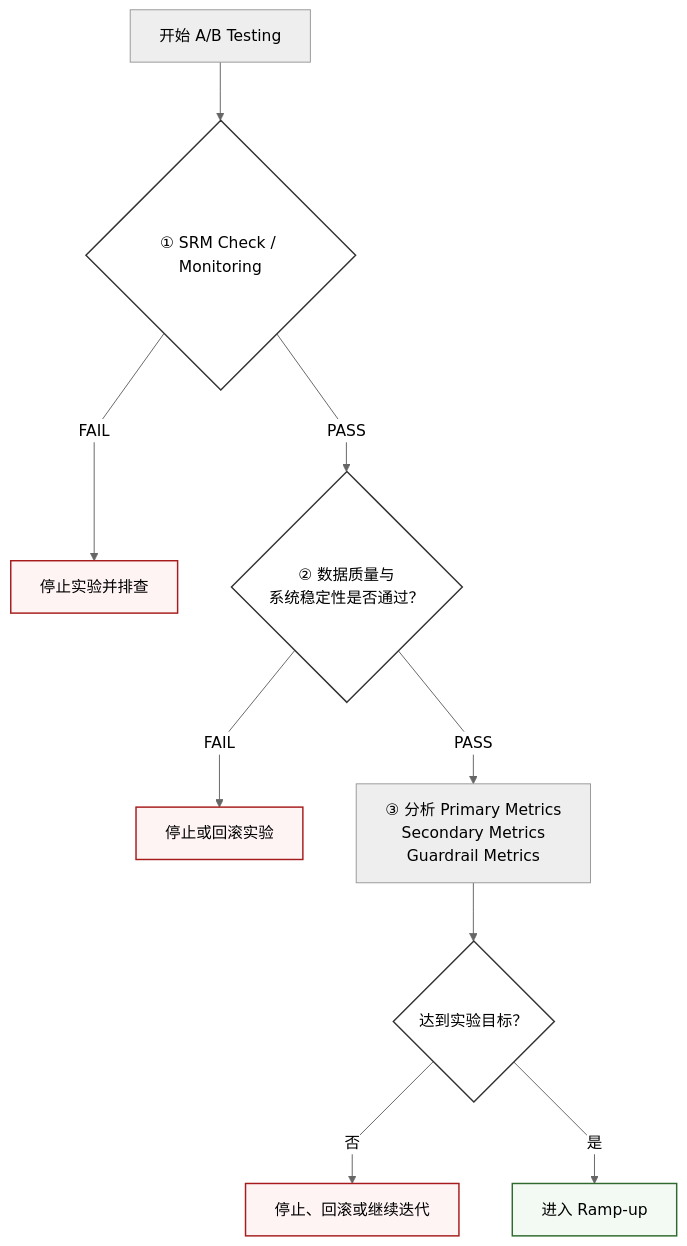
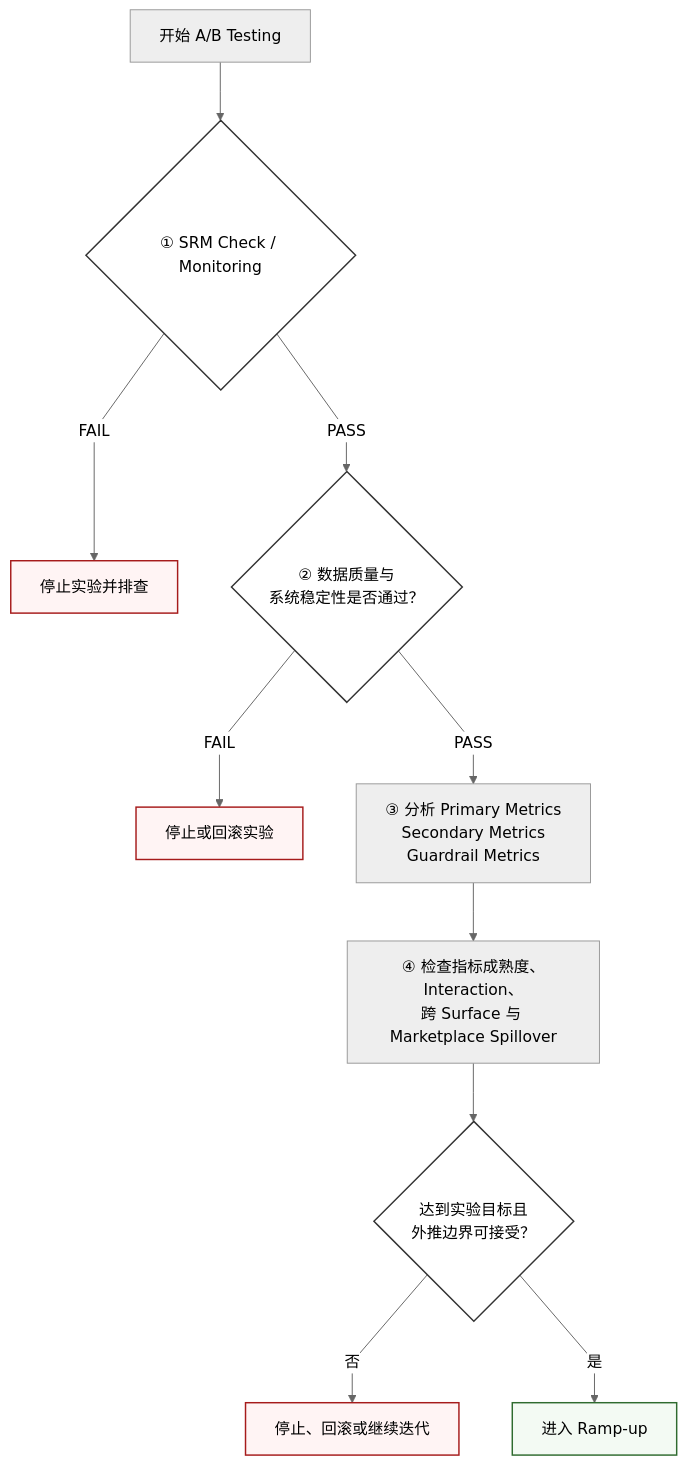
The third of 6 diagrams in notes/recommendation-system/online-experiment-lifecycle.md (whanyu1212/mental-gym), drawn with Mermaid before and after one commit. The commit also changed other lines of this file, not shown here.

````diff
--- a/notes/recommendation-system/online-experiment-lifecycle.md
+++ b/notes/recommendation-system/online-experiment-lifecycle.md
@@ -387,31 +440,32 @@
 ```mermaid
 %%{init: {
   "theme": "neutral",
   "flowchart": {
     "curve": "linear",
     "nodeSpacing": 55,
     "rankSpacing": 60,
     "htmlLabels": true
   }
 }}%%
 flowchart TB
     START["开始 A/B Testing"] --> SRM{"① SRM Check / Monitoring"}
 
     SRM -->|FAIL| STOP["停止实验并排查"]
     SRM -->|PASS| QUALITY{"② 数据质量与<br/>系统稳定性是否通过？"}
 
     QUALITY -->|FAIL| ROLLBACK["停止或回滚实验"]
     QUALITY -->|PASS| METRICS["③ 分析 Primary Metrics<br/>Secondary Metrics<br/>Guardrail Metrics"]
 
-    METRICS --> GOAL{"达到实验目标？"}
+    METRICS --> VALIDITY["④ 检查指标成熟度、Interaction、<br/>跨 Surface 与 Marketplace Spillover"]
+    VALIDITY --> GOAL{"达到实验目标且<br/>外推边界可接受？"}
     GOAL -->|否| ITERATE["停止、回滚或继续迭代"]
     GOAL -->|是| RAMP["进入 Ramp-up"]
 
     classDef decision fill:#ffffff,stroke:#333333,stroke-width:1.5px;
     classDef stop fill:#fff4f4,stroke:#a61b1b,stroke-width:1.5px;
     classDef success fill:#f3faf3,stroke:#2f6b2f,stroke-width:1.5px;
 
     class SRM,QUALITY,GOAL decision;
     class STOP,ROLLBACK,ITERATE stop;
     class RAMP success;
 ```
````
